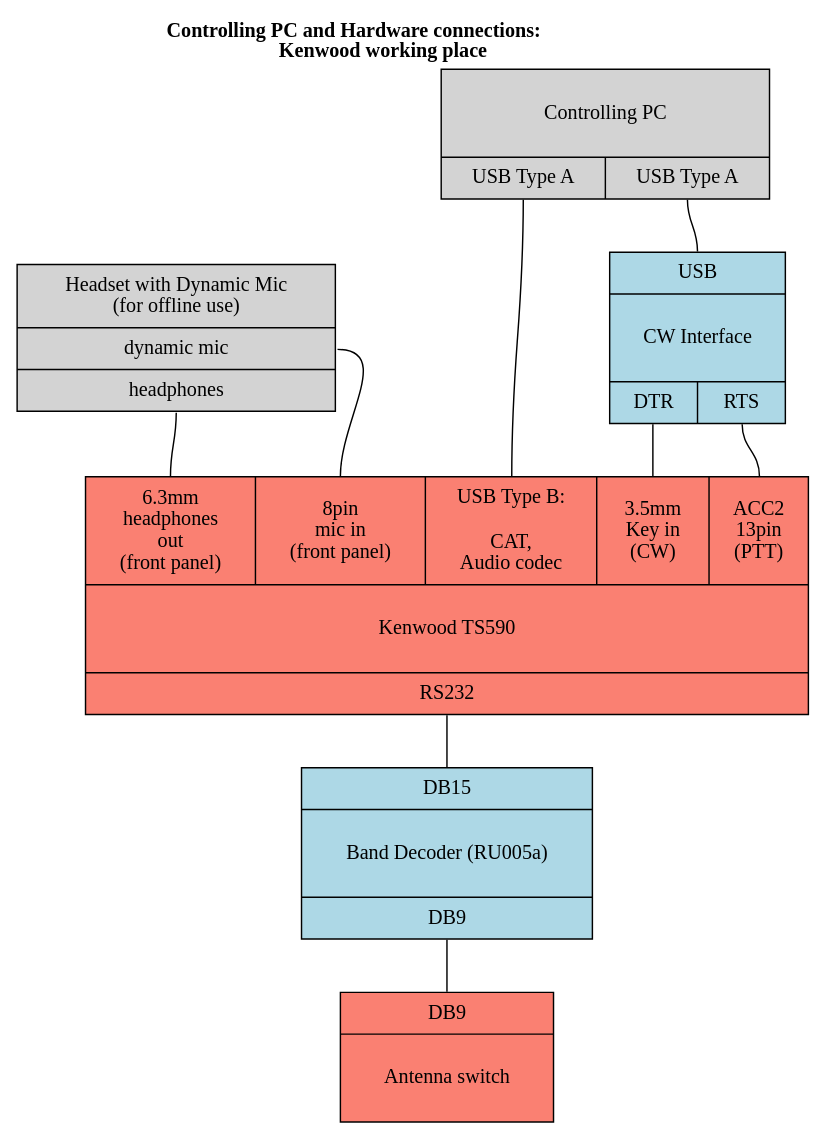
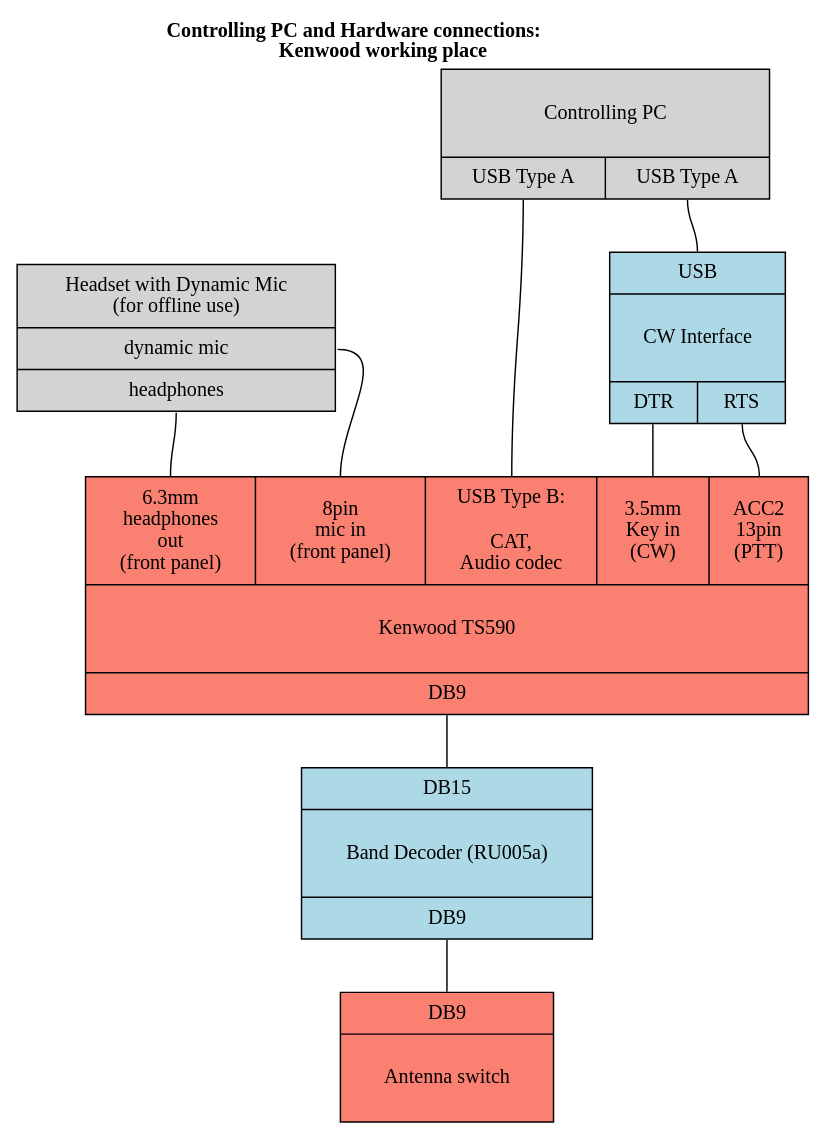
One commit to isemichastnov/hamradio changed the diagram in rk5d-remote/kenwood-plain/gv/hw.gv. Above: the diagram before and after it, drawn with Graphviz. The commit also changed 2 other files, not shown here.

```diff
--- a/rk5d-remote/kenwood-plain/gv/hw.gv
+++ b/rk5d-remote/kenwood-plain/gv/hw.gv
@@ -1,29 +1,29 @@
 digraph Arch {
 node [shape = rect, margin = "0.2,0.1"]
 edge [arrowhead = none]
 labelloc = top
 
 label = <<b>Controlling PC and Hardware connections: <br/>Kenwood working place</b>>
 
 pc [shape = record, style = filled, label = "{ \nControlling PC\n\r | { <usbA>USB Type A | <usbA2> USB Type A} }"]
 headset [shape = record, style = filled, label = "{ Headset with Dynamic Mic\n(for offline use) | <mic> dynamic mic | <earph> headphones }"]
 
-kenwood [shape = record, style = filled, fillcolor = salmon, label = "{ { <earphFront> 6.3mm \nheadphones\n out\n(front panel) | <micFront> 8pin\n mic in\n(front panel) | <usbB>USB Type B:\n\nCAT,\nAudio codec | <key>3.5mm\nKey in\n(CW) | <acc2>ACC2\n13pin\n(PTT) } | \nKenwood TS590\n\r | {<rs232> RS232 } }"];
+kenwood [shape = record, style = filled, fillcolor = salmon, label = "{ { <earphFront> 6.3mm \nheadphones\n out\n(front panel) | <micFront> 8pin\n mic in\n(front panel) | <usbB>USB Type B:\n\nCAT,\nAudio codec | <key>3.5mm\nKey in\n(CW) | <acc2>ACC2\n13pin\n(PTT) } | \nKenwood TS590\n\r | {<db9> DB9 } }"];
 cwInterface [shape = record, style = filled, fillcolor = lightblue, label = "{<usb> USB | \nCW Interface\n\n | {<dtr> DTR | <rts> RTS}}"]
 
 ru005 [shape = record, style = filled, fillcolor = lightblue, label = "{<db15> DB15 | \nBand Decoder (RU005a)\n\r | <db9>DB9 }"]
 
 antennaSwitch [shape = record, style = filled, fillcolor = salmon, label = "{ <db9>DB9 | \n Antenna switch \n\r }"]
 
 pc : usbA -> kenwood : usbB
 pc : usbA2 : s -> cwInterface : usb:n
 cwInterface : dtr : s -> kenwood : key : n
 cwInterface : rts : s -> kenwood : acc2 : n
-kenwood : rs232 -> ru005 : db15 : n
+kenwood : db9 -> ru005 : db15 : n
 
 headset : mic : e -> kenwood : micFront : n
 headset : earph : s -> kenwood : earphFront : n
 
 ru005 : db9 -> antennaSwitch : db9
 
 }
```
